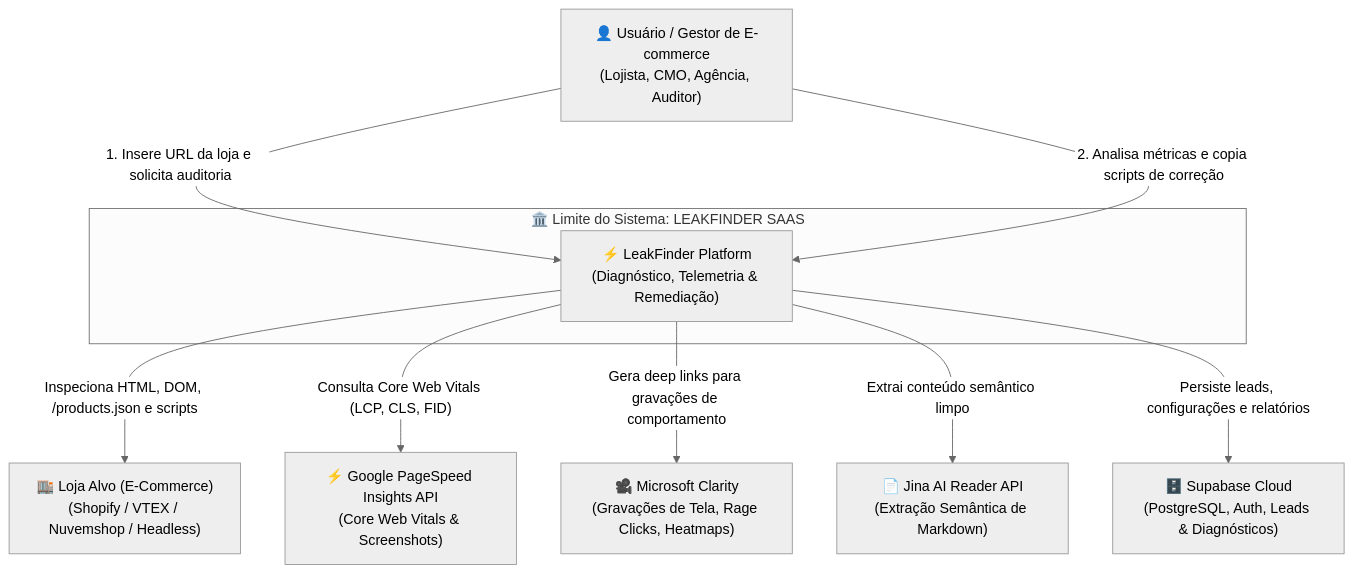
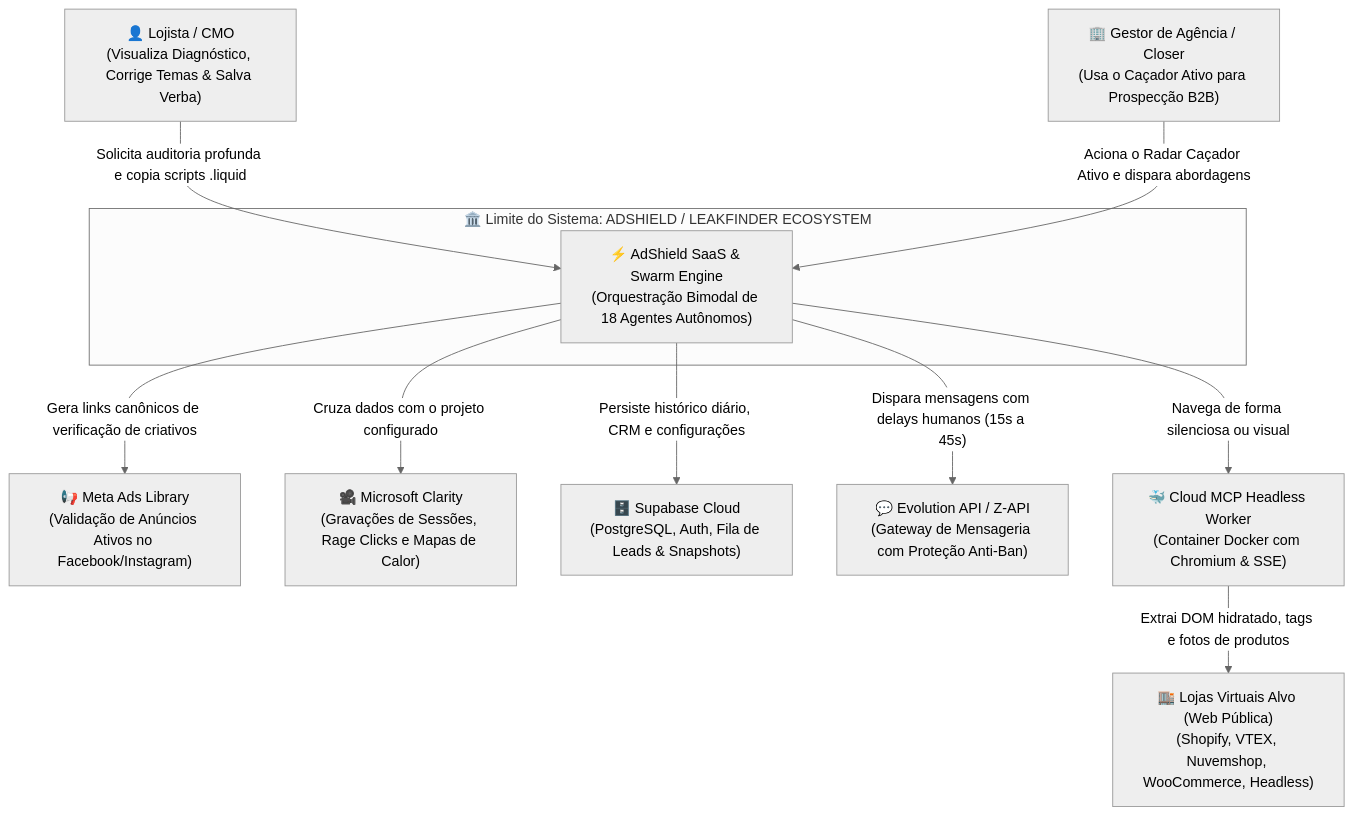
Before and after one commit to pensador999/leakfinder-saas: the first of 4 diagrams in ARCHITECTURE.md, drawn with Mermaid (neutral theme). The commit also changed other lines of this file and 49 other files, not shown here.

Commit message:
feat(swarm): activate hybrid outbound lead hunter, cloud mcp worker, anti-ban outreach and c4 model v4.0

````diff
--- a/ARCHITECTURE.md
+++ b/ARCHITECTURE.md
@@ -65,23 +44,26 @@
 ```mermaid
 graph TD
-    User["👤 Usuário / Gestor de E-commerce<br/>(Lojista, CMO, Agência, Auditor)"]
-    
-    subgraph SystemBoundary["🏛️ Limite do Sistema: LEAKFINDER SAAS"]
-        LeakFinder["⚡ LeakFinder Platform<br/>(Diagnóstico, Telemetria & Remediação)"]
+    UserLojista["👤 Lojista / CMO<br/>(Visualiza Diagnóstico, Corrige Temas & Salva Verba)"]
+    UserAgencia["🏢 Gestor de Agência / Closer<br/>(Usa o Caçador Ativo para Prospecção B2B)"]
+
+    subgraph SystemBoundary["🏛️ Limite do Sistema: ADSHIELD / LEAKFINDER ECOSYSTEM"]
+        AdShieldCore["⚡ AdShield SaaS & Swarm Engine<br/>(Orquestração Bimodal de 18 Agentes Autônomos)"]
     end
 
-    TargetStore["🏬 Loja Alvo (E-Commerce)<br/>(Shopify / VTEX / Nuvemshop / Headless)"]
-    PSI["⚡ Google PageSpeed Insights API<br/>(Core Web Vitals & Screenshots)"]
-    Clarity["🎥 Microsoft Clarity<br/>(Gravações de Tela, Rage Clicks, Heatmaps)"]
-    Jina["📄 Jina AI Reader API<br/>(Extração Semântica de Markdown)"]
-    Supabase["🗄️ Supabase Cloud<br/>(PostgreSQL, Auth, Leads & Diagnósticos)"]
+    TargetStores["🏬 Lojas Virtuais Alvo (Web Pública)<br/>(Shopify, VTEX, Nuvemshop, WooCommerce, Headless)"]
+    MetaAds["📢 Meta Ads Library<br/>(Validação de Anúncios Ativos no Facebook/Instagram)"]
+    Clarity["🎥 Microsoft Clarity<br/>(Gravações de Sessões, Rage Clicks e Mapas de Calor)"]
+    SupabaseDB["🗄️ Supabase Cloud<br/>(PostgreSQL, Auth, Fila de Leads & Snapshots)"]
+    WhatsAppGW["💬 Evolution API / Z-API<br/>(Gateway de Mensageria com Proteção Anti-Ban)"]
+    MCPWorker["🐳 Cloud MCP Headless Worker<br/>(Container Docker com Chromium & SSE)"]
 
-    User -->|"1. Insere URL da loja e solicita auditoria"| LeakFinder
-    User -->|"2. Analisa métricas e copia scripts de correção"| LeakFinder
-    
-    LeakFinder -->|"Inspeciona HTML, DOM, /products.json e scripts"| TargetStore
-    LeakFinder -->|"Consulta Core Web Vitals (LCP, CLS, FID)"| PSI
-    LeakFinder -->|"Gera deep links para gravações de comportamento"| Clarity
-    LeakFinder -->|"Extrai conteúdo semântico limpo"| Jina
-    LeakFinder -->|"Persiste leads, configurações e relatórios"| Supabase
+    UserLojista -->|"Solicita auditoria profunda e copia scripts .liquid"| AdShieldCore
+    UserAgencia -->|"Aciona o Radar Caçador Ativo e dispara abordagens"| AdShieldCore
+
+    AdShieldCore -->|"Navega de forma silenciosa ou visual"| MCPWorker
+    MCPWorker -->|"Extrai DOM hidratado, tags e fotos de produtos"| TargetStores
+    AdShieldCore -->|"Gera links canônicos de verificação de criativos"| MetaAds
+    AdShieldCore -->|"Cruza dados com o projeto configurado"| Clarity
+    AdShieldCore -->|"Persiste histórico diário, CRM e configurações"| SupabaseDB
+    AdShieldCore -->|"Dispara mensagens com delays humanos (15s a 45s)"| WhatsAppGW
 ```
````
